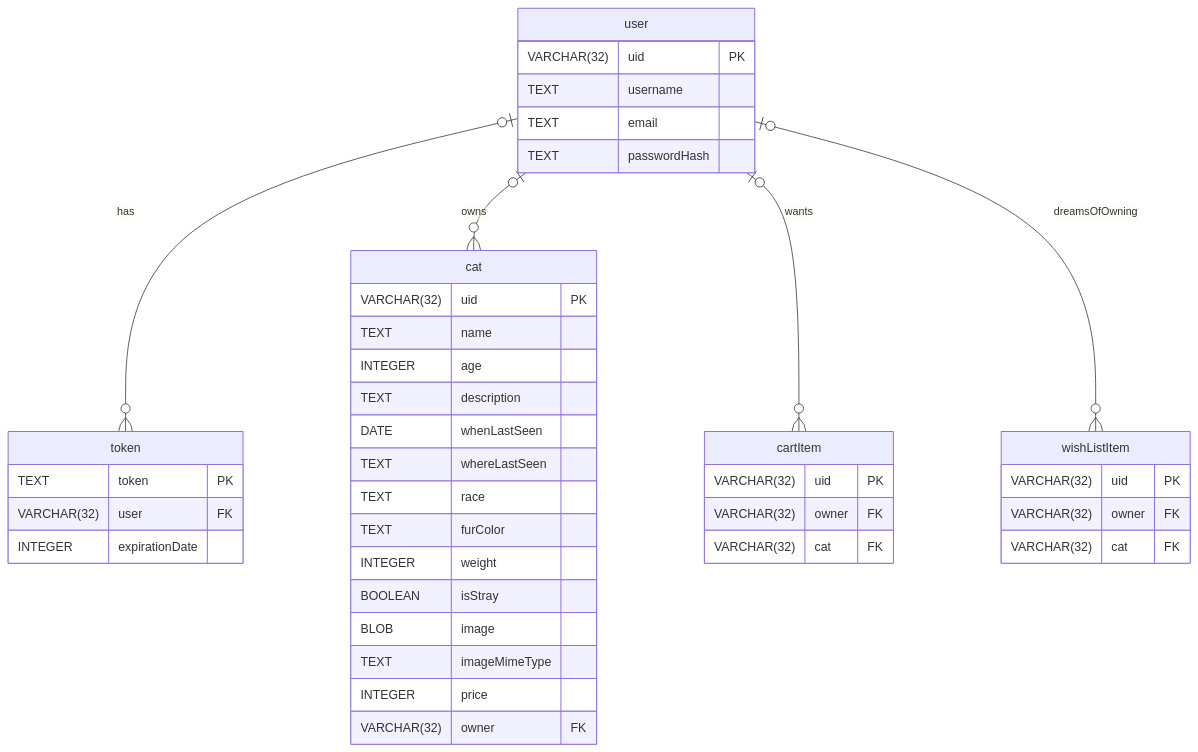
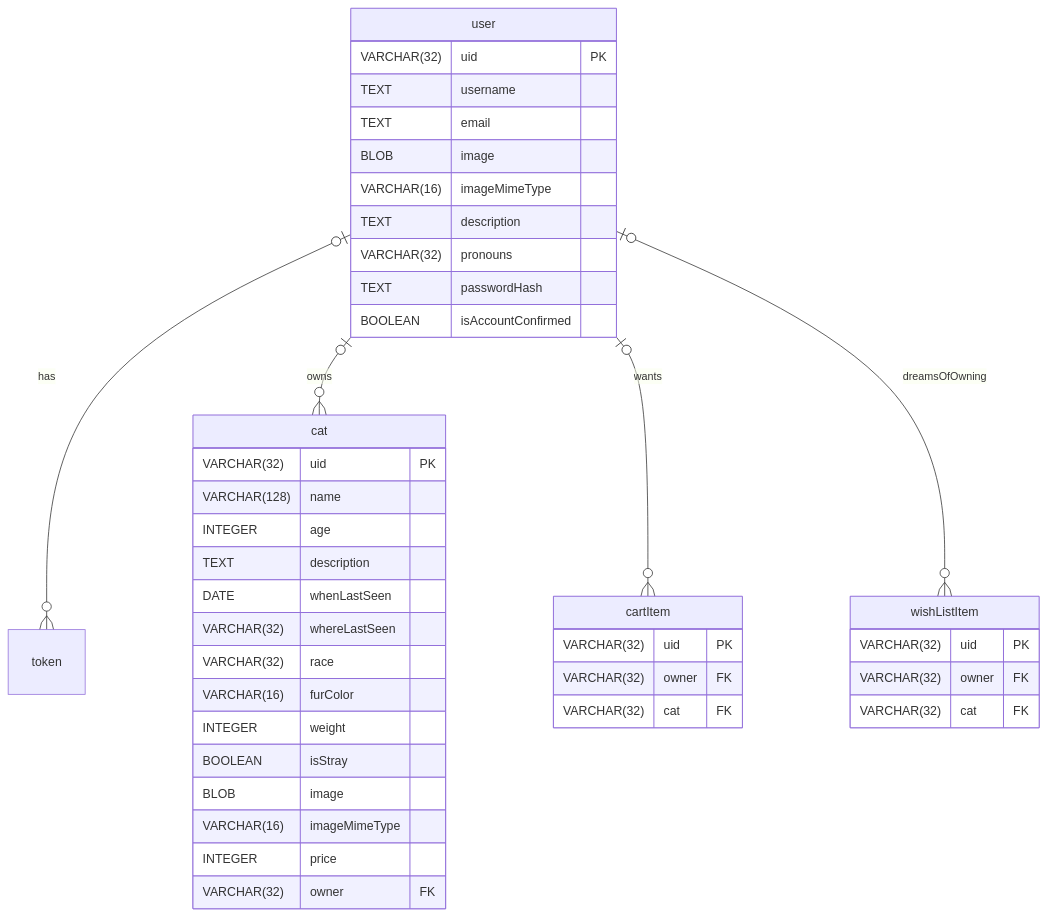
Before and after one commit to C4lopsitta/cat-docs: the diagram in Writerside/topics/Database-Structure.md, drawn with Mermaid. The commit also changed other lines of this file, not shown here.

````diff
--- a/Writerside/topics/Database-Structure.md
+++ b/Writerside/topics/Database-Structure.md
@@ -4,51 +4,50 @@
 ```mermaid
 erDiagram
 
     user {
         VARCHAR(32) uid PK
         TEXT username
         TEXT email
+        BLOB image
+        VARCHAR(16) imageMimeType
+        TEXT description
+        VARCHAR(32) pronouns
         TEXT passwordHash
+        BOOLEAN isAccountConfirmed
         %% check in future if OPT should be added %%
-    }
-    
-    token {
-        TEXT token PK
-        VARCHAR(32) user FK
-        INTEGER expirationDate
     }
         
     cat {
         VARCHAR(32) uid PK
-        TEXT name
+        VARCHAR(128) name
         INTEGER age
         TEXT description
         DATE whenLastSeen
-        TEXT whereLastSeen
-        TEXT race
-        TEXT furColor
+        VARCHAR(32) whereLastSeen
+        VARCHAR(32) race
+        VARCHAR(16) furColor
         INTEGER weight
         BOOLEAN isStray
         BLOB image
-        TEXT imageMimeType
+        VARCHAR(16) imageMimeType
         INTEGER price
         VARCHAR(32) owner FK
     }
     
     cartItem {
         VARCHAR(32) uid PK
         VARCHAR(32) owner FK
         VARCHAR(32) cat FK
     }
 
     wishListItem {
         VARCHAR(32) uid PK
         VARCHAR(32) owner FK
         VARCHAR(32) cat FK
     }
     
     user |o--o{ token : has
     user |o--o{ cat : owns
     user |o--o{ cartItem : wants
     user |o--o{ wishListItem : dreamsOfOwning
 ```
````
